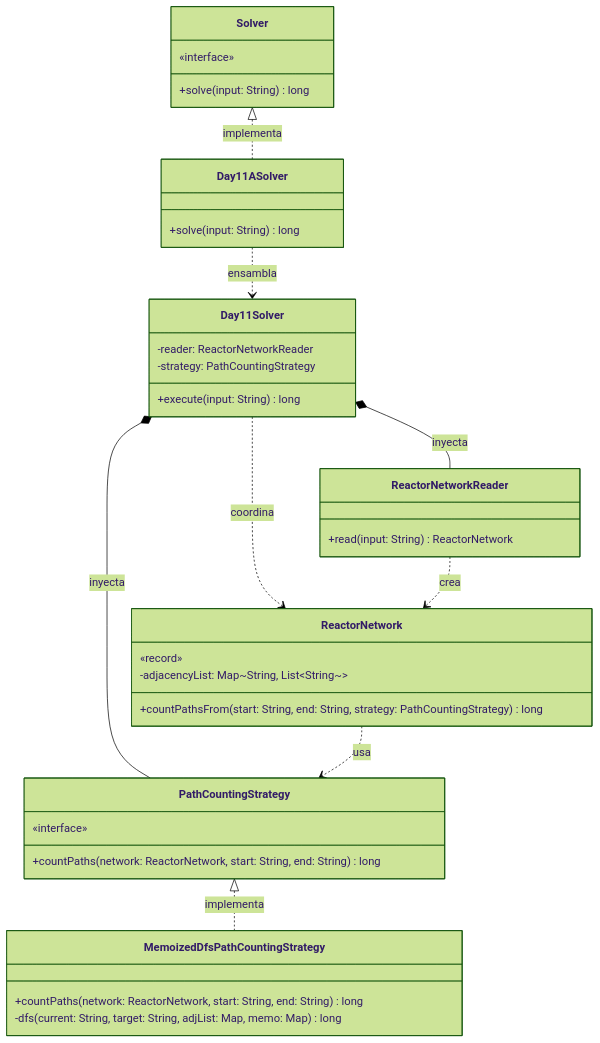
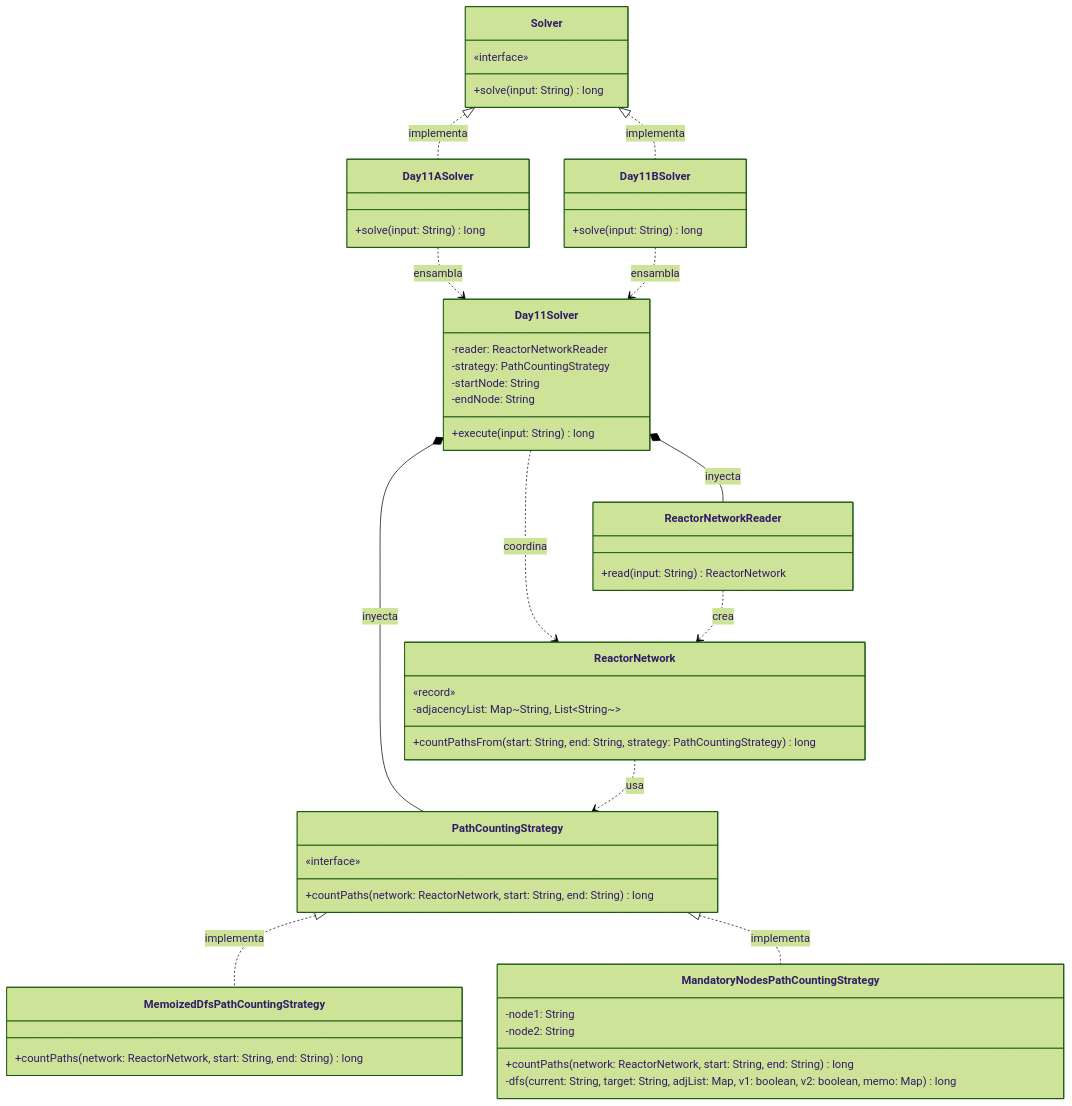
The diagram in src/main/java/software/aoc/day11/README.md (ivanperezdiaz829/AoC2025), drawn with Mermaid (forest theme) before and after one commit.

Commit message:
Day11 B README first version

````diff
--- a/src/main/java/software/aoc/day11/README.md
+++ b/src/main/java/software/aoc/day11/README.md
@@ -33,51 +33,66 @@
 ```mermaid
 classDiagram
   class Solver {
     «interface»
     +solve(input: String) long
   }
 
   class Day11ASolver {
     +solve(input: String) long
   }
 
+  class Day11BSolver {
+    +solve(input: String) long
+  }
+
   class Day11Solver {
     -reader: ReactorNetworkReader
     -strategy: PathCountingStrategy
+    -startNode: String
+    -endNode: String
     +execute(input: String) long
   }
 
   class ReactorNetwork {
     «record»
     -adjacencyList: Map~String, List~String~~
     +countPathsFrom(start: String, end: String, strategy: PathCountingStrategy) long
   }
 
   class PathCountingStrategy {
     «interface»
     +countPaths(network: ReactorNetwork, start: String, end: String) long
   }
 
   class MemoizedDfsPathCountingStrategy {
     +countPaths(network: ReactorNetwork, start: String, end: String) long
-    -dfs(current: String, target: String, adjList: Map, memo: Map) long
+  }
+
+  class MandatoryNodesPathCountingStrategy {
+    -node1: String
+    -node2: String
+    +countPaths(network: ReactorNetwork, start: String, end: String) long
+    -dfs(current: String, target: String, adjList: Map, v1: boolean, v2: boolean, memo: Map) long
   }
 
   class ReactorNetworkReader {
     +read(input: String) ReactorNetwork
   }
 
 %% Relaciones de Implementación
   Solver <|.. Day11ASolver : implementa
+  Solver <|.. Day11BSolver : implementa
   PathCountingStrategy <|.. MemoizedDfsPathCountingStrategy : implementa
+  PathCountingStrategy <|.. MandatoryNodesPathCountingStrategy : implementa
 
 %% Relaciones de Ensamblaje e Inyección
   Day11ASolver ..> Day11Solver : ensambla
+  Day11BSolver ..> Day11Solver : ensambla
   Day11Solver *-- ReactorNetworkReader : inyecta
   Day11Solver *-- PathCountingStrategy : inyecta
 
 %% Relaciones de Dominio
   Day11Solver ..> ReactorNetwork : coordina
   ReactorNetwork ..> PathCountingStrategy : usa
   ReactorNetworkReader ..> ReactorNetwork : crea
 ```
````
